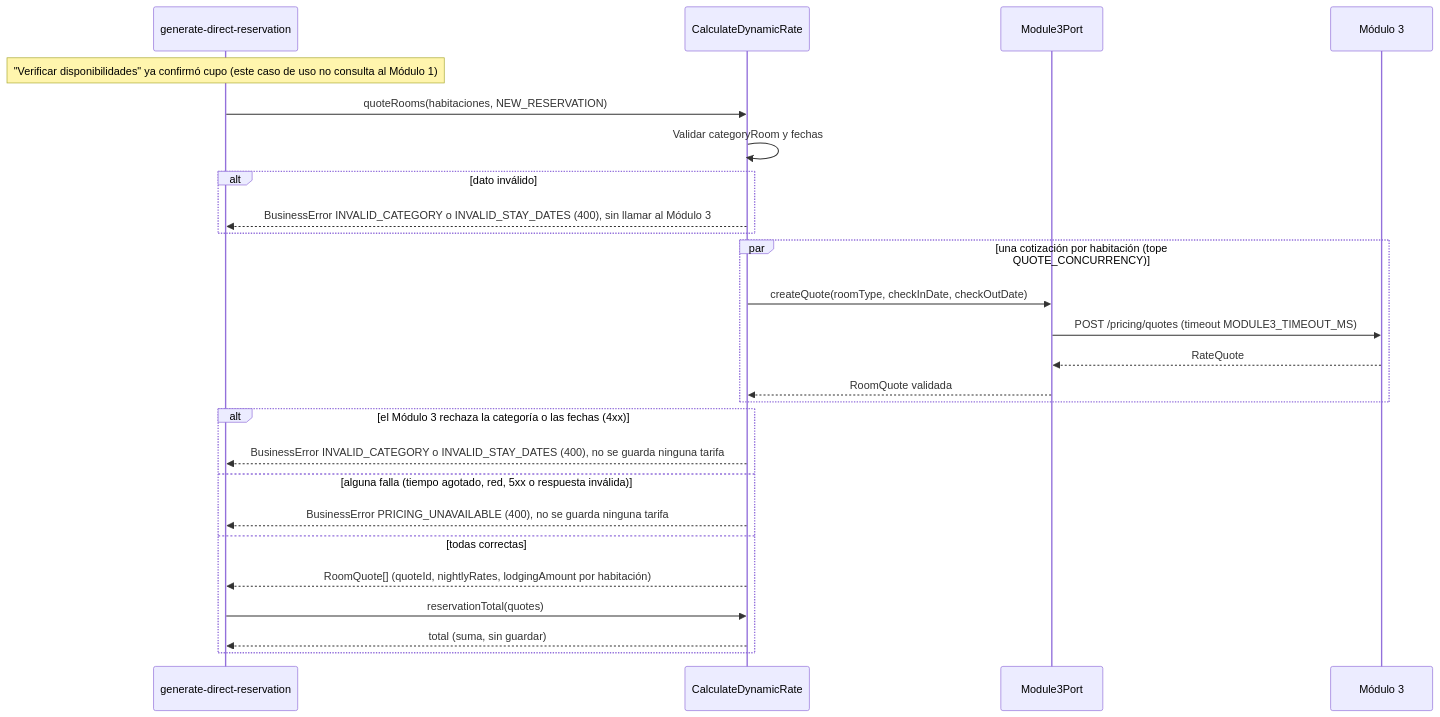
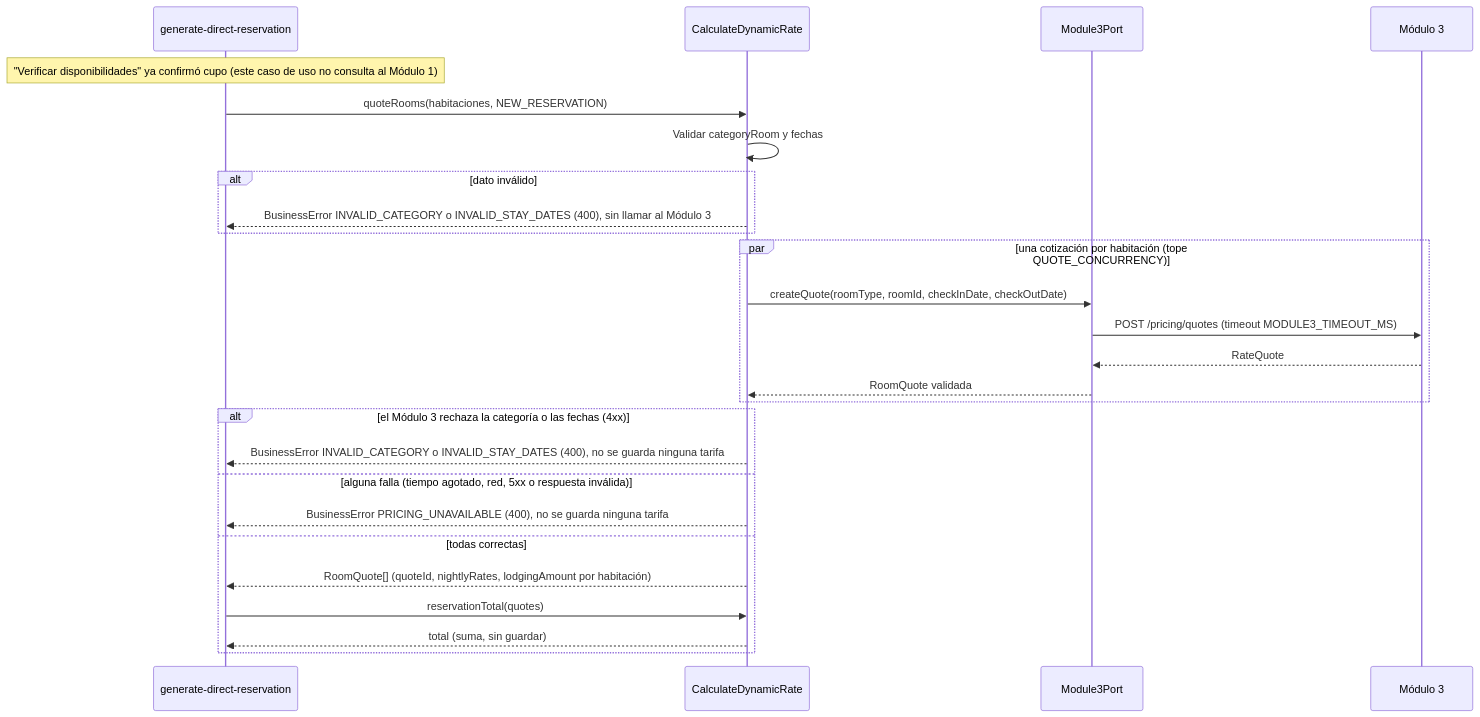
The first of 4 diagrams in specs/calculate-dynamic-rate/plan.md (Lapicero312-lapi/HOSPITUA-MOD-2), drawn with Mermaid before and after one commit. The commit also changed other lines of this file and 2 other files, not shown here.

First line of the commit message:
docs(spec): el Módulo 2 envía roomId y X-Internal-Key al Módulo 3 en POST /pricing/quotes

````diff
--- a/specs/calculate-dynamic-rate/plan.md
+++ b/specs/calculate-dynamic-rate/plan.md
@@ -240,29 +250,29 @@
 ```mermaid
 sequenceDiagram
     participant G as generate-direct-reservation
     participant C as CalculateDynamicRate
     participant P as Module3Port
     participant M3 as Módulo 3
 
     Note over G: "Verificar disponibilidades" ya confirmó cupo (este caso de uso no consulta al Módulo 1)
     G->>C: quoteRooms(habitaciones, NEW_RESERVATION)
     C->>C: Validar categoryRoom y fechas
     alt dato inválido
         C-->>G: BusinessError INVALID_CATEGORY o INVALID_STAY_DATES (400), sin llamar al Módulo 3
     end
     par una cotización por habitación (tope QUOTE_CONCURRENCY)
-        C->>P: createQuote(roomType, checkInDate, checkOutDate)
+        C->>P: createQuote(roomType, roomId, checkInDate, checkOutDate)
         P->>M3: POST /pricing/quotes (timeout MODULE3_TIMEOUT_MS)
         M3-->>P: RateQuote
         P-->>C: RoomQuote validada
     end
     alt el Módulo 3 rechaza la categoría o las fechas (4xx)
         C-->>G: BusinessError INVALID_CATEGORY o INVALID_STAY_DATES (400), no se guarda ninguna tarifa
     else alguna falla (tiempo agotado, red, 5xx o respuesta inválida)
         C-->>G: BusinessError PRICING_UNAVAILABLE (400), no se guarda ninguna tarifa
     else todas correctas
         C-->>G: RoomQuote[] (quoteId, nightlyRates, lodgingAmount por habitación)
         G->>C: reservationTotal(quotes)
         C-->>G: total (suma, sin guardar)
     end
 ```
````
